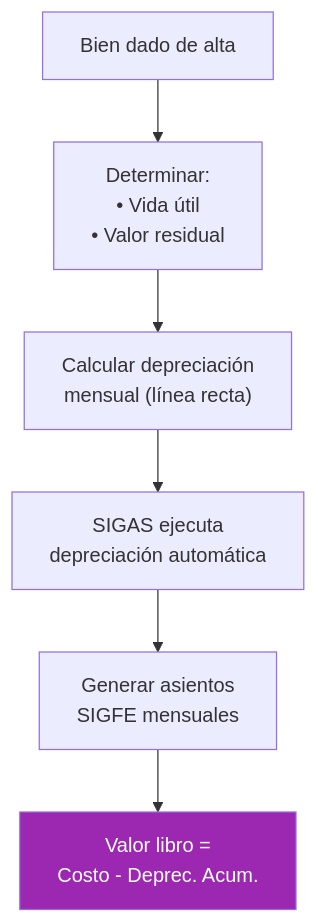
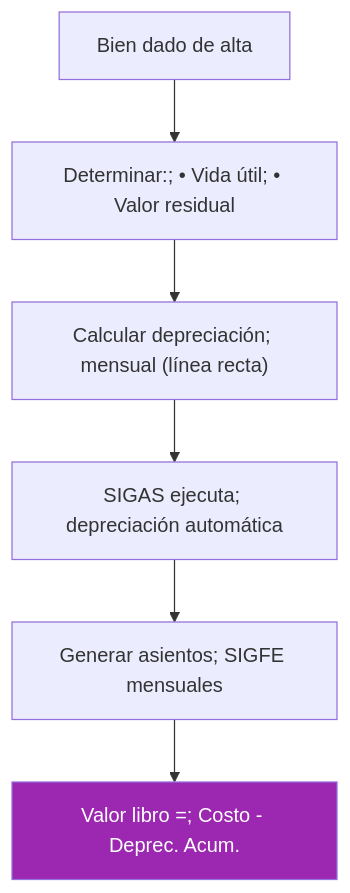
One commit to felix-antonio-sl/kora changed the eighth of 12 diagrams in drafts/gn/bpmn/bpmn-d05-inventarios-activo-fijo.md. Above: the diagram before and after it, drawn with Mermaid. The commit also changed other lines of this file and 265 other files, not shown here.

````diff
--- a/drafts/gn/bpmn/bpmn-d05-inventarios-activo-fijo.md
+++ b/drafts/gn/bpmn/bpmn-d05-inventarios-activo-fijo.md
@@ -190,9 +213,10 @@
 ```mermaid
 flowchart TD
-    A["Bien dado de alta"] --> B["Determinar:<br/>• Vida útil<br/>• Valor residual"]
-    B --> C["Calcular depreciación<br/>mensual (línea recta)"]
-    C --> D["SIGAS ejecuta<br/>depreciación automática"]
-    D --> E["Generar asientos<br/>SIGFE mensuales"]
-    E --> F["Valor libro =<br/>Costo - Deprec. Acum."]
-    style F fill:#9C27B0,color:#fff
+ A["Bien dado de alta"] --> B["Determinar:; • Vida útil; • Valor residual"]
+ B --> C["Calcular depreciación; mensual (línea recta)"]
+ C --> D["SIGAS ejecuta; depreciación automática"]
+ D --> E["Generar asientos; SIGFE mensuales"]
+ E --> F["Valor libro =; Costo - Deprec. Acum."]
+
+ style F fill:#9C27B0,color:#fff
 ```
````
